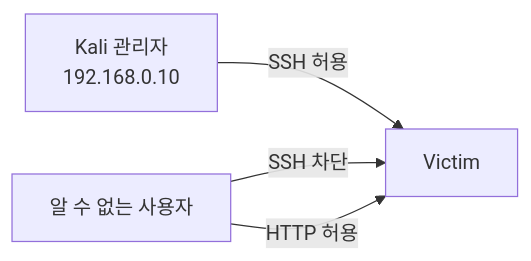
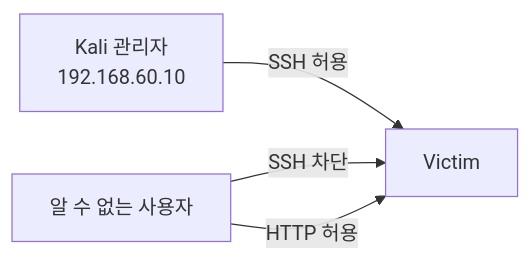
Before and after one commit to sbaek100/sbaek100.github.io: the first of 2 diagrams in _posts/1.응용강의/NetworkSecurity/2026-06-10-networkset-10-firewall-ids-ips.md, drawn with Mermaid. The commit also changed other lines of this file and 518 other files, not shown here.

````diff
--- a/_posts/1.응용강의/NetworkSecurity/2026-06-10-networkset-10-firewall-ids-ips.md
+++ b/_posts/1.응용강의/NetworkSecurity/2026-06-10-networkset-10-firewall-ids-ips.md
@@ -34,6 +34,6 @@
 ```mermaid
 flowchart LR
-    K["Kali 관리자<br/>192.168.0.10"] -->|SSH 허용| V["Victim"]
+    K["Kali 관리자<br/>192.168.60.10"] -->|SSH 허용| V["Victim"]
     U["알 수 없는 사용자"] -->|SSH 차단| V
     U -->|HTTP 허용| V
 ```
````
